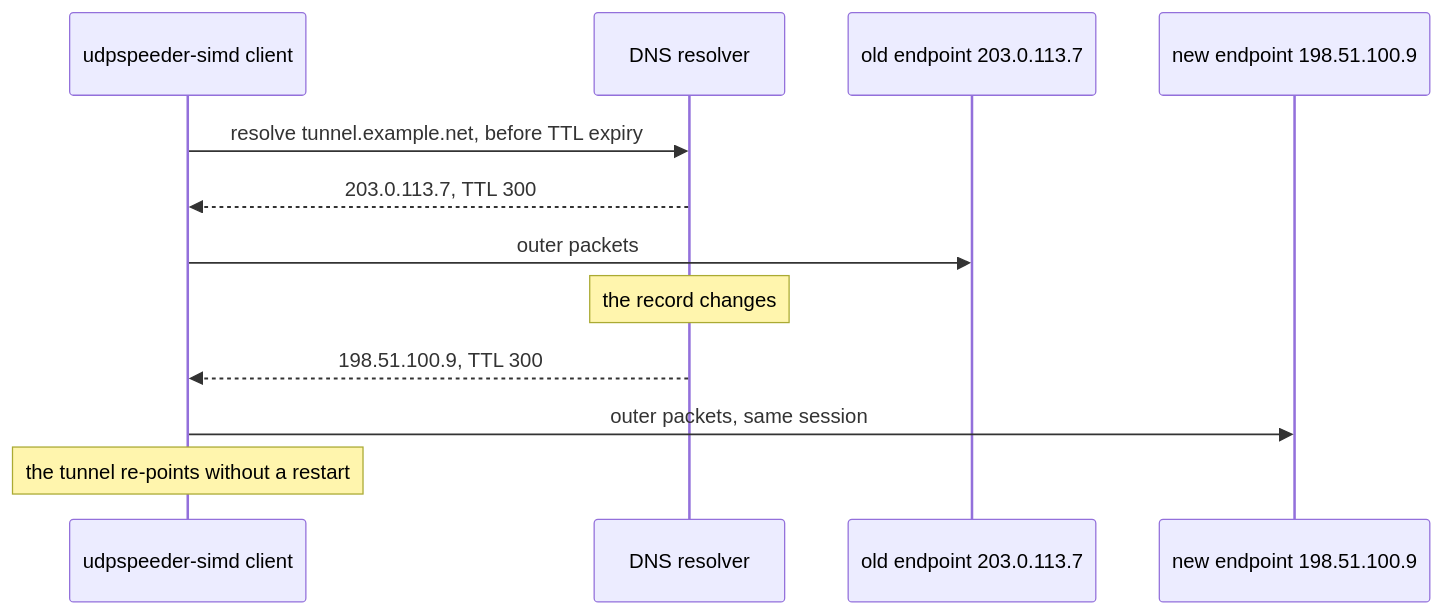
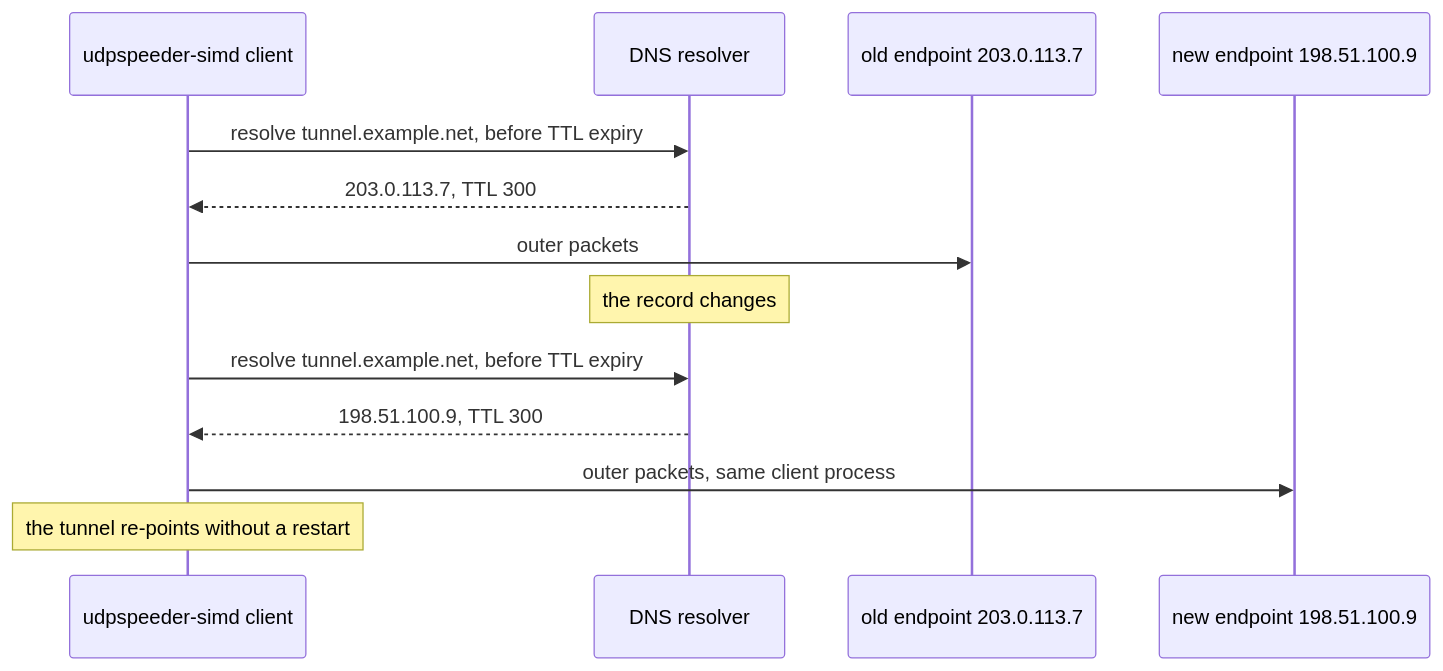
The third of 3 diagrams in README.md (connollydavid/UDPspeeder-simd), drawn with Mermaid before and after one commit. The commit also changed other lines of this file and 3 other files, not shown here.

````diff
--- a/README.md
+++ b/README.md
@@ -136,14 +203,15 @@
 ```mermaid
 sequenceDiagram
     participant C as udpspeeder-simd client
     participant D as DNS resolver
     participant O as old endpoint 203.0.113.7
     participant N as new endpoint 198.51.100.9
     C->>D: resolve tunnel.example.net, before TTL expiry
     D-->>C: 203.0.113.7, TTL 300
     C->>O: outer packets
     Note over D: the record changes
+    C->>D: resolve tunnel.example.net, before TTL expiry
     D-->>C: 198.51.100.9, TTL 300
-    C->>N: outer packets, same session
+    C->>N: outer packets, same client process
     Note over C: the tunnel re-points without a restart
 ```
````
